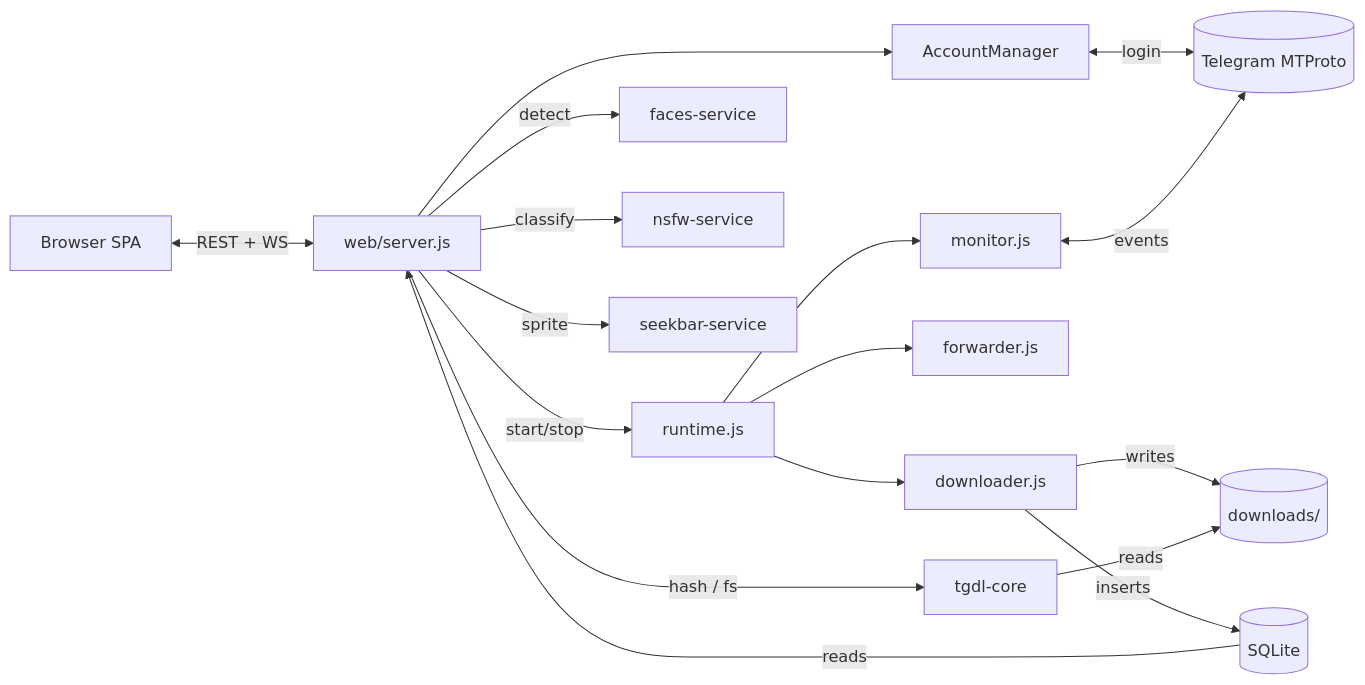
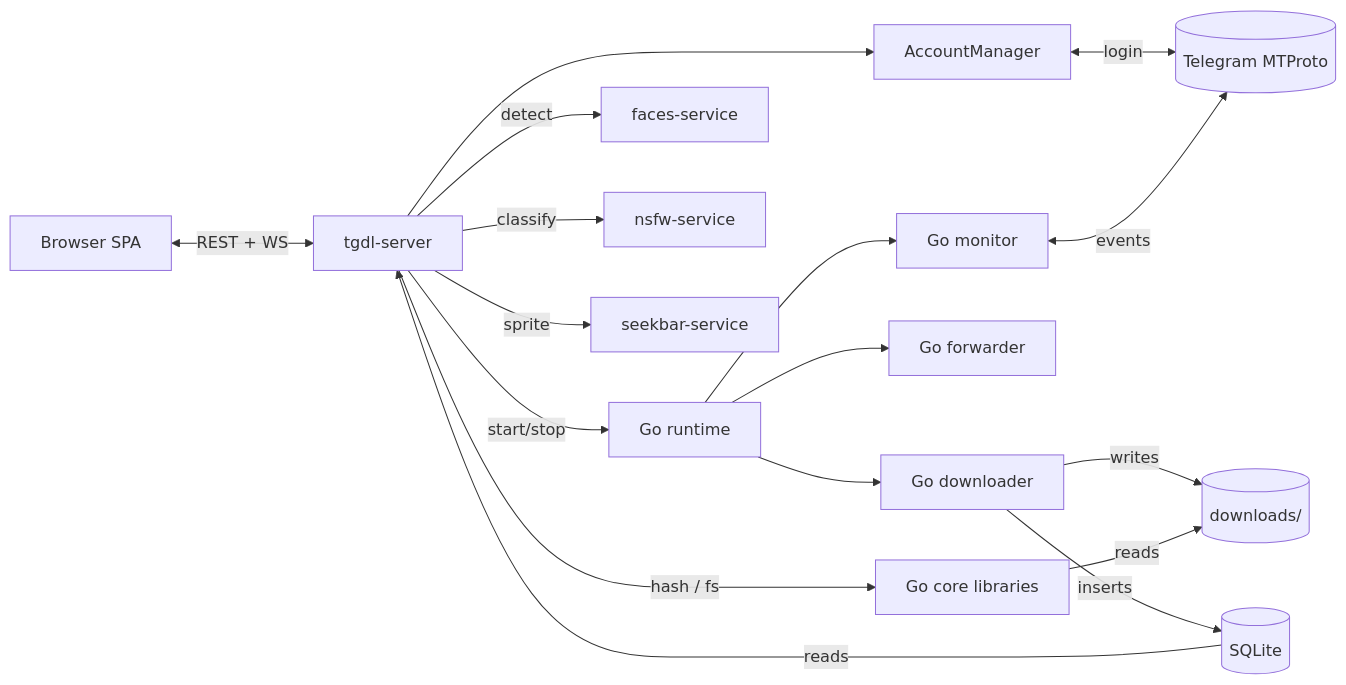
Before and after one commit to botnick/telegram-media-downloader: the diagram in README.md, drawn with Mermaid. The commit also changed other lines of this file and 100 other files, not shown here.

````diff
--- a/README.md
+++ b/README.md
@@ -179,32 +179,32 @@
 ```mermaid
 flowchart LR
     user[Browser SPA]
-    server[web/server.js]
-    runtime[runtime.js]
-    monitor[monitor.js]
-    downloader[downloader.js]
-    forwarder[forwarder.js]
+    server[tgdl-server]
+    runtime[Go runtime]
+    monitor[Go monitor]
+    downloader[Go downloader]
+    forwarder[Go forwarder]
     am[AccountManager]
     db[(SQLite)]
     fs[(downloads/)]
     tg[(Telegram MTProto)]
     faces[faces-service]
     nsfw[nsfw-service]
     seekbar[seekbar-service]
-    core[tgdl-core]
+    core[Go core libraries]
 
     user <-- REST + WS --> server
     server -- start/stop --> runtime
     runtime --> monitor & downloader & forwarder
     server --> am
     am <-- login --> tg
     monitor <-- events --> tg
     downloader -- writes --> fs
     downloader -- inserts --> db
     db -- reads --> server
     server -- detect --> faces
     server -- classify --> nsfw
     server -- sprite --> seekbar
     server -- hash / fs --> core
     core -- reads --> fs
 ```
````
